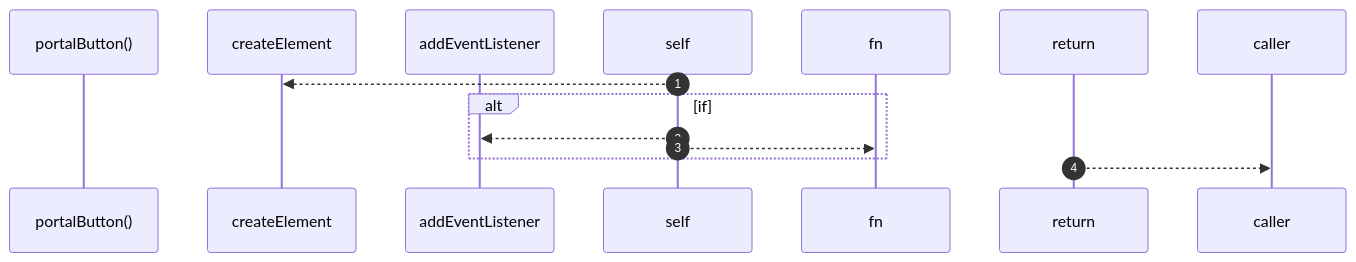
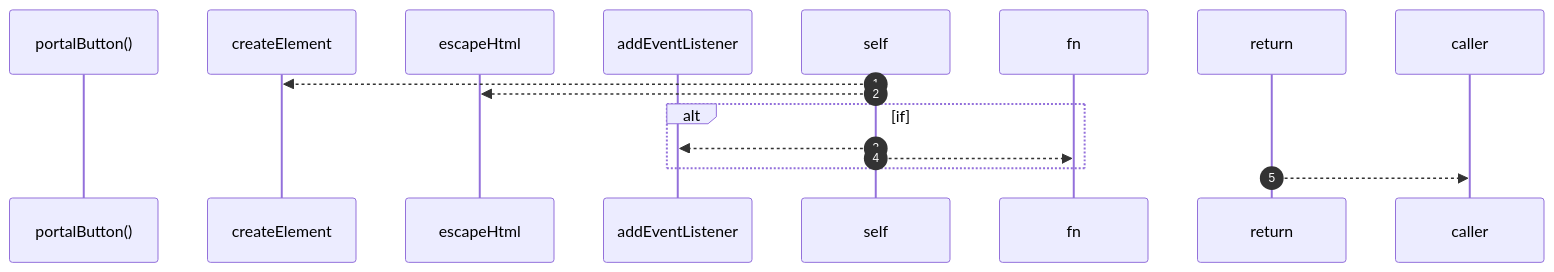
Before and after one commit to RyanGuild/self-describing-code: the diagram in docs/self-model/robby__site/src/viewer/portalbutton.md, drawn with Mermaid. The commit also changed other lines of this file and 413 other files, not shown here.

````diff
--- a/docs/self-model/robby__site/src/viewer/portalbutton.md
+++ b/docs/self-model/robby__site/src/viewer/portalbutton.md
@@ -29,13 +31,15 @@
 ```mermaid
 sequenceDiagram
     autonumber
     participant portalButton as portalButton()
     participant createElement as createElement
+    participant escapeHtml as escapeHtml
     participant addEventListener as addEventListener
     self-->>createElement: 
+    self-->>escapeHtml: 
     alt if
     self-->>addEventListener: 
     self-->>fn: 
     end
     return-->>caller: 
 ```
````
